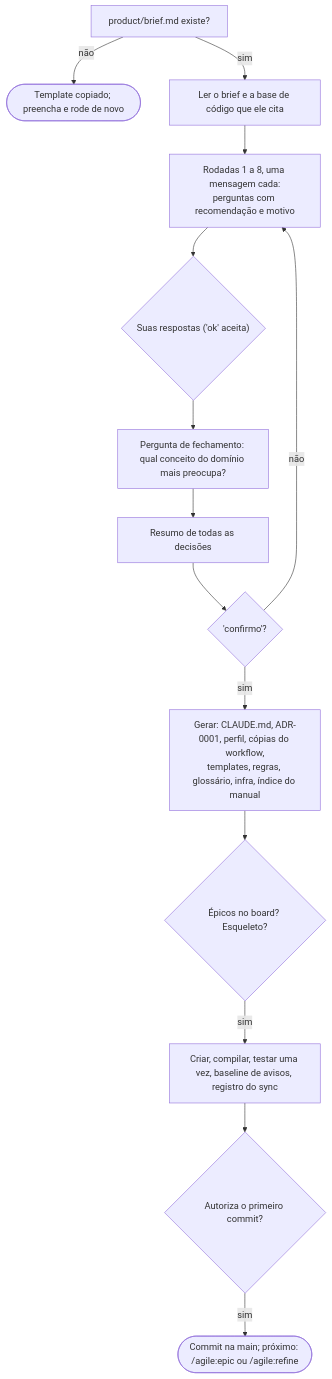
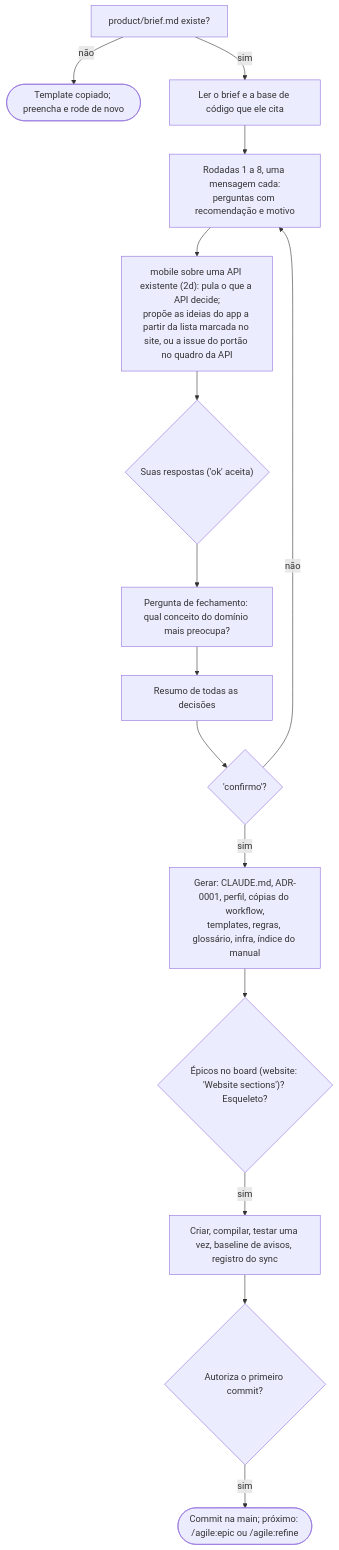
The third of 20 diagrams in docs/agile/workflow.pt-BR.md (alexcanario/simulab), drawn with Mermaid before and after one commit. The commit also changed other lines of this file and 17 other files, not shown here.

````diff
--- a/docs/agile/workflow.pt-BR.md
+++ b/docs/agile/workflow.pt-BR.md
@@ -1454,16 +2021,17 @@
 ```mermaid
 flowchart TD
     A["product/brief.md existe?"] -->|não| A1(["Template copiado; preencha e rode de novo"])
     A -->|sim| B["Ler o brief e a base de código que ele cita"]
     B --> C["Rodadas 1 a 8, uma mensagem cada:<br/>perguntas com recomendação e motivo"]
-    C --> D{"Suas respostas ('ok' aceita)"}
+    C --> C1["mobile sobre uma API existente (2d): pula o que a API decide;<br/>propõe as ideias do app a partir da lista marcada no site, ou a issue do portão no quadro da API"]
+    C1 --> D{"Suas respostas ('ok' aceita)"}
     D --> E["Pergunta de fechamento: qual conceito do domínio mais preocupa?"]
     E --> F["Resumo de todas as decisões"]
     F --> G{"'confirmo'?"}
     G -->|não| C
     G -->|sim| H["Gerar: CLAUDE.md, ADR-0001, perfil, cópias do workflow,<br/>templates, regras, glossário, infra, índice do manual"]
-    H --> I{"Épicos no board? Esqueleto?"}
+    H --> I{"Épicos no board (website: 'Website sections')? Esqueleto?"}
     I -->|sim| J["Criar, compilar, testar uma vez, baseline de avisos, registro do sync"]
     J --> K{"Autoriza o primeiro commit?"}
     K -->|sim| L(["Commit na main; próximo: /agile:epic ou /agile:refine"])
 ```
````
